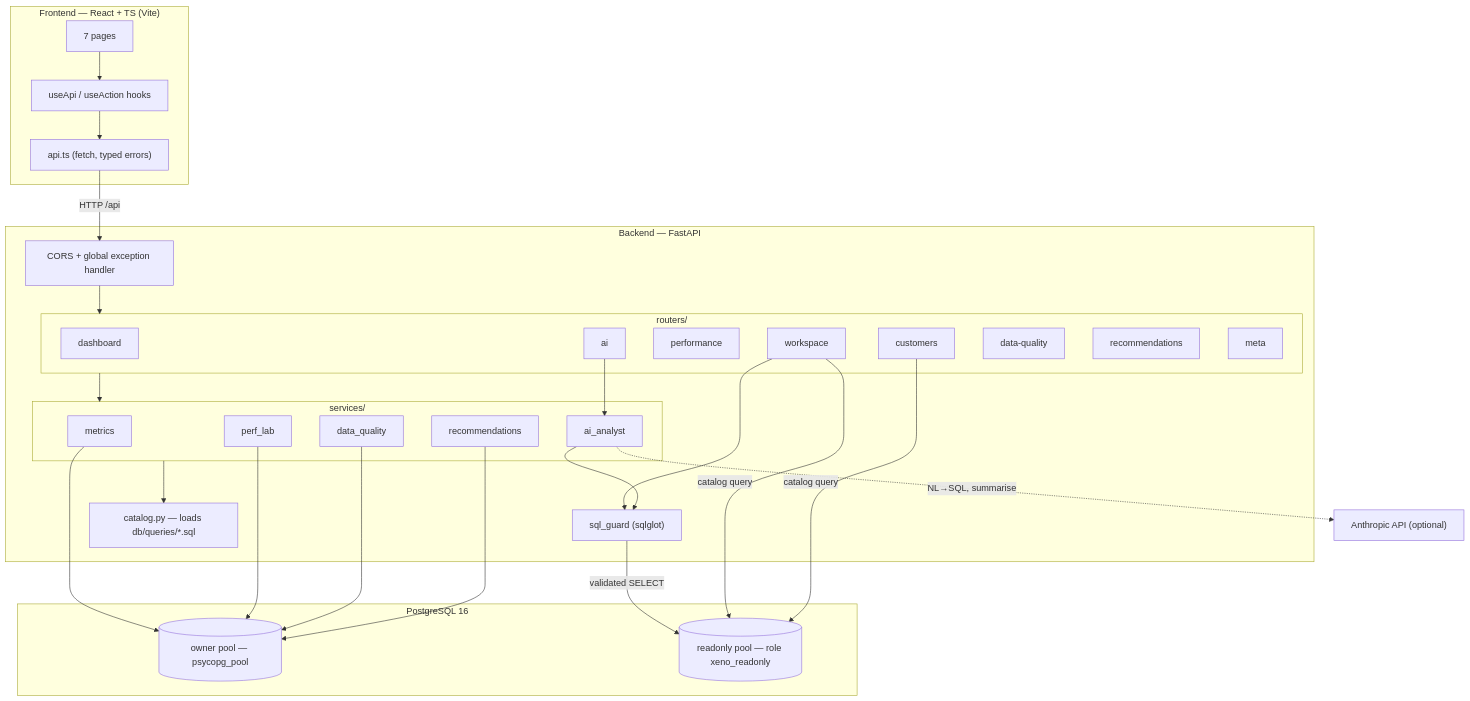
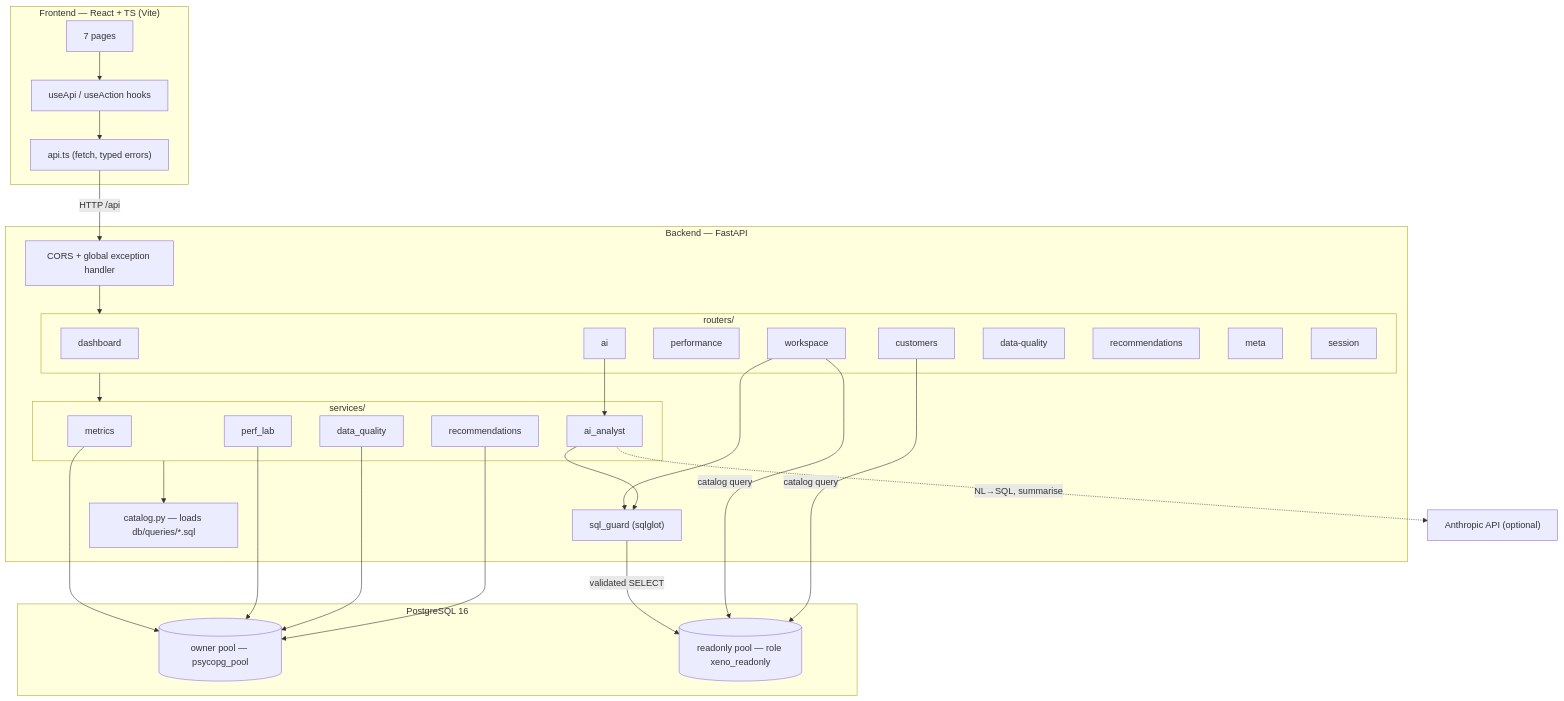
The diagram in docs/architecture.md (shauryaverma03/Retail-Intelligence-Platform), drawn with Mermaid before and after one commit. The commit also changed other lines of this file and 21 other files, not shown here.

````diff
--- a/docs/architecture.md
+++ b/docs/architecture.md
@@ -17,36 +17,36 @@
 ```mermaid
 flowchart TB
   subgraph FE["Frontend — React + TS (Vite)"]
     P["7 pages"] --> H["useApi / useAction hooks"] --> AC["api.ts (fetch, typed errors)"]
   end
 
   subgraph BE["Backend — FastAPI"]
     MW["CORS + global exception handler"]
     subgraph RT["routers/"]
-      d[dashboard] & w[workspace] & pf[performance] & cu[customers] & ai[ai] & dq[data-quality] & rc[recommendations] & mt[meta]
+      d[dashboard] & w[workspace] & pf[performance] & cu[customers] & ai[ai] & dq[data-quality] & rc[recommendations] & mt[meta] & se[session]
     end
     subgraph SV["services/"]
       m[metrics] & pl[perf_lab] & aa[ai_analyst] & dqs[data_quality] & rs[recommendations]
     end
     GD["sql_guard (sqlglot)"]
     CB["catalog.py — loads db/queries/*.sql"]
   end
 
   subgraph PG["PostgreSQL 16"]
     PO[("owner pool — psycopg_pool")]
     PR[("readonly pool — role xeno_readonly")]
   end
 
   AN["Anthropic API (optional)"]
 
   AC -->|HTTP /api| MW --> RT
   w --> GD
   ai --> aa --> GD
   RT --> SV
   SV --> CB
   m & pl & dqs & rs --> PO
   GD -->|validated SELECT| PR
   w -->|catalog query| PR
   cu -->|catalog query| PR
   aa -. NL→SQL, summarise .-> AN
 ```
````
